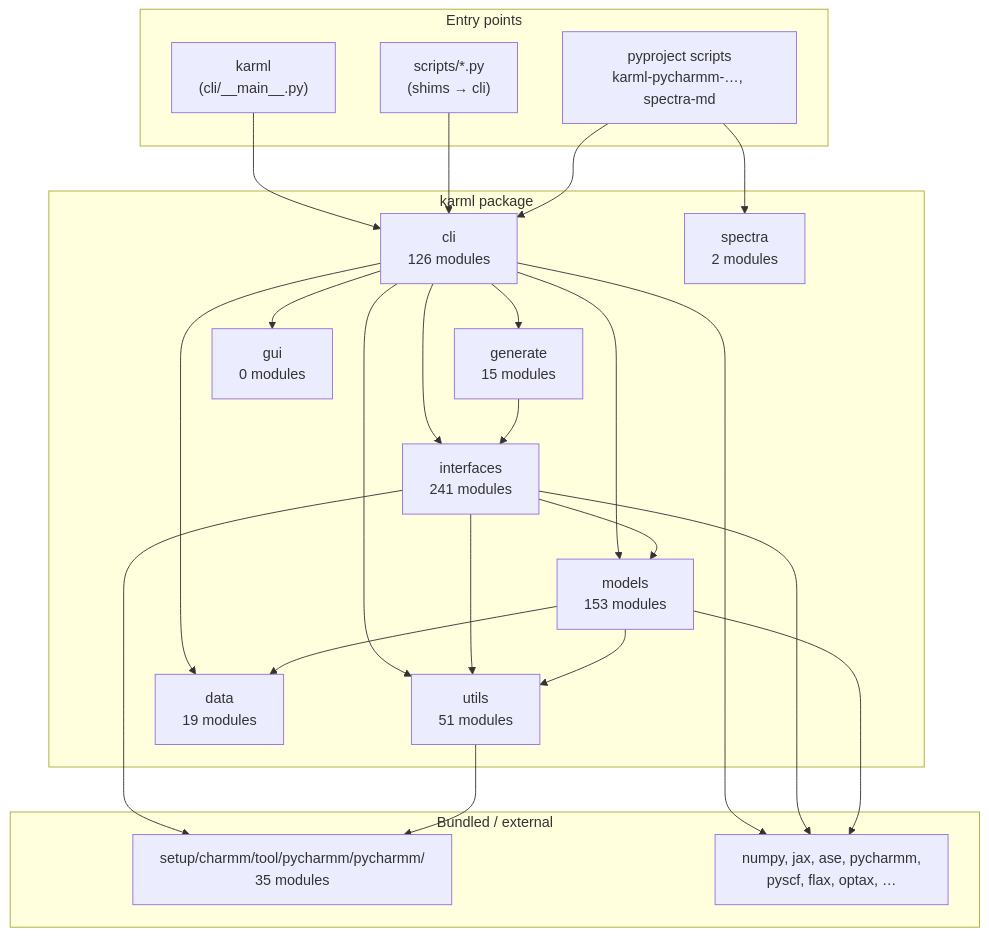
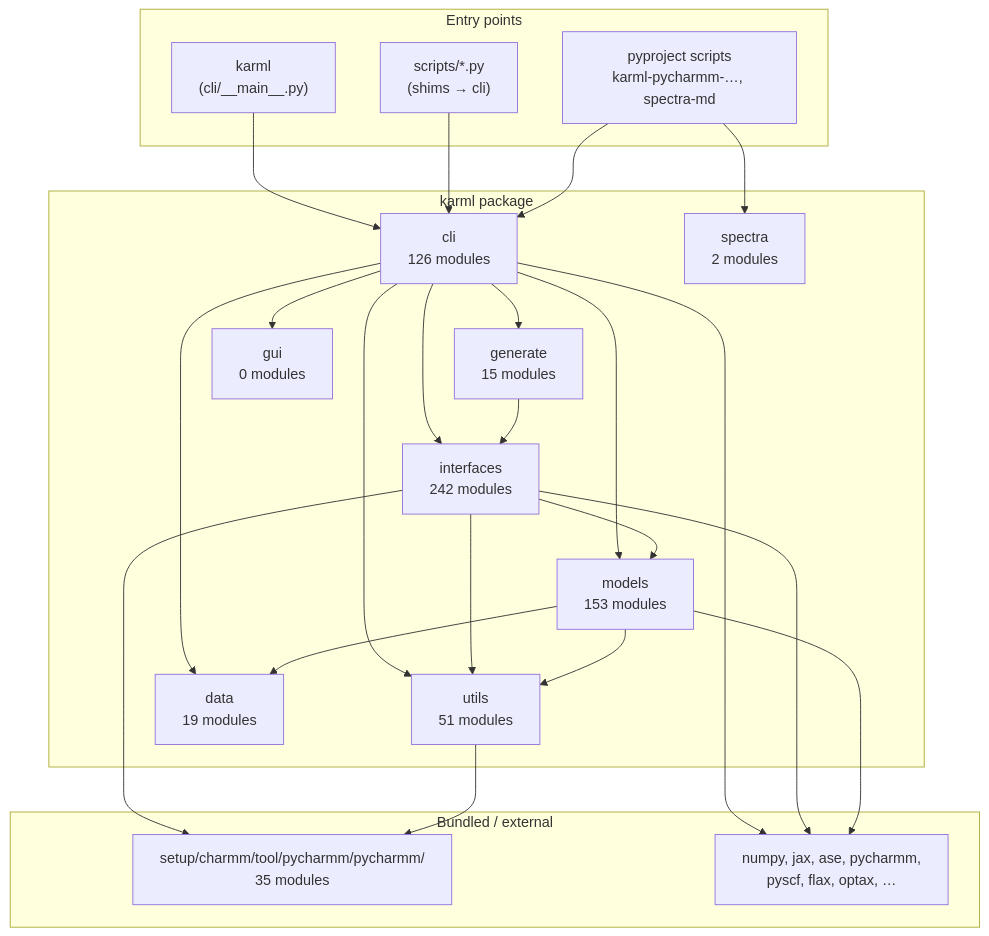
Before and after one commit to EricBoittier/karml: the first of 8 diagrams in docs/package-architecture.md, drawn with Mermaid. The commit also changed 80 other files, not shown here.

````diff
--- a/docs/package-architecture.md
+++ b/docs/package-architecture.md
@@ -13,48 +13,48 @@
 ```mermaid
 flowchart TB
   subgraph entry["Entry points"]
     KARML["karml\n(cli/__main__.py)"]
     SCRIPTS["scripts/*.py\n(shims → cli)"]
     PKG["pyproject scripts\nkarml-pycharmm-…, spectra-md"]
   end
 
   subgraph karml_pkg["karml package"]
     CLI["cli\n126 modules"]
-    IFACE["interfaces\n241 modules"]
+    IFACE["interfaces\n242 modules"]
     MODELS["models\n153 modules"]
     UTILS["utils\n51 modules"]
     DATA["data\n19 modules"]
     GEN["generate\n15 modules"]
     GUI["gui\n0 modules"]
     SPEC["spectra\n2 modules"]
   end
 
   subgraph vendor["Bundled / external"]
     PYCH["setup/charmm/tool/pycharmm/pycharmm/\n35 modules"]
     EXT["numpy, jax, ase, pycharmm,\npyscf, flax, optax, …"]
   end
 
   KARML --> CLI
   SCRIPTS --> CLI
   PKG --> CLI
   PKG --> SPEC
 
   CLI --> IFACE
   CLI --> MODELS
   CLI --> DATA
   CLI --> UTILS
   CLI --> GEN
   CLI --> GUI
 
   IFACE --> MODELS
   IFACE --> UTILS
   IFACE --> PYCH
   MODELS --> UTILS
   MODELS --> DATA
   UTILS --> PYCH
   GEN --> IFACE
 
   CLI --> EXT
   IFACE --> EXT
   MODELS --> EXT
 ```
````
